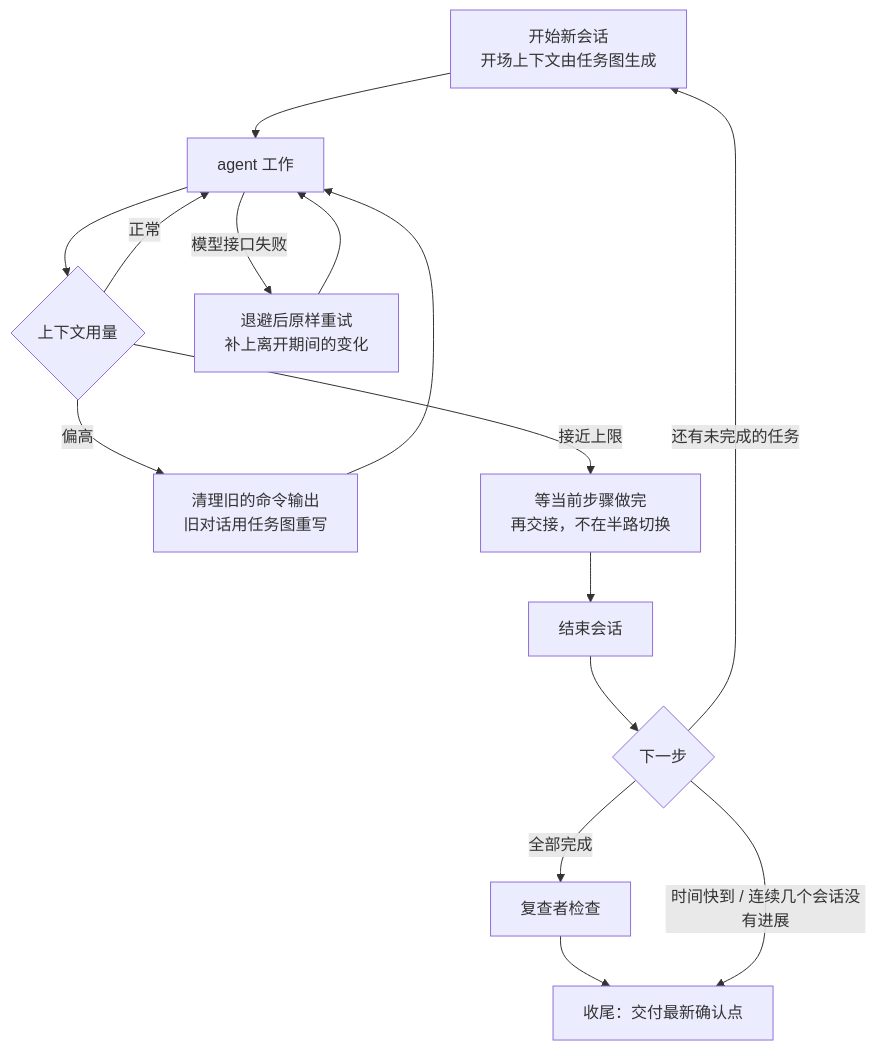
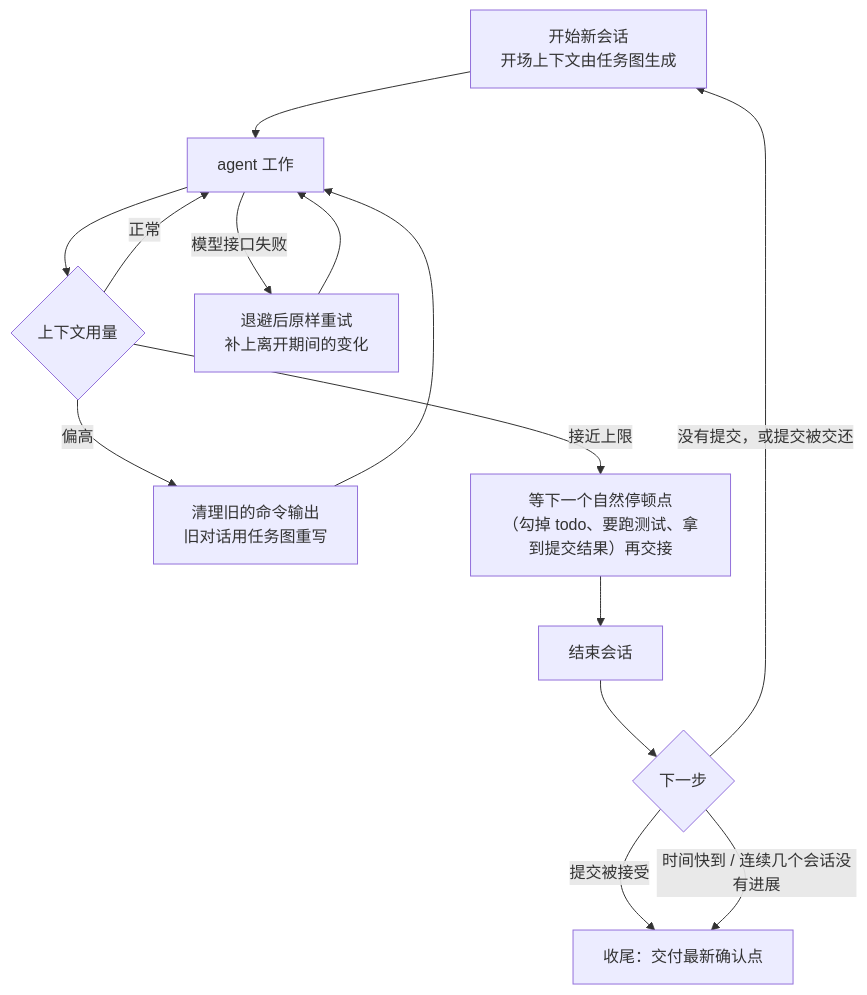
The fourth of 4 diagrams in README.md (jyh21377063/belay), drawn with Mermaid before and after one commit. The commit also changed other lines of this file and 43 other files, not shown here.

````diff
--- a/README.md
+++ b/README.md
@@ -128,16 +125,16 @@
 ```mermaid
 flowchart TD
   S["开始新会话<br/>开场上下文由任务图生成"] --> W["agent 工作"]
   W --> X{"上下文用量"}
   X -- "正常" --> W
   X -- "偏高" --> P["清理旧的命令输出<br/>旧对话用任务图重写"]
   P --> W
-  X -- "接近上限" --> Q["等当前步骤做完<br/>再交接，不在半路切换"]
+  X -- "接近上限" --> Q["等下一个自然停顿点<br/>（勾掉 todo、要跑测试、拿到提交结果）再交接"]
   Q --> H["结束会话"]
   W -- "模型接口失败" --> M["退避后原样重试<br/>补上离开期间的变化"]
   M --> W
   H --> N{"下一步"}
-  N -- "还有未完成的任务" --> S
-  N -- "全部完成" --> RV["复查者检查"] --> F["收尾：交付最新确认点"]
+  N -- "没有提交，或提交被交还" --> S
+  N -- "提交被接受" --> F["收尾：交付最新确认点"]
   N -- "时间快到 / 连续几个会话没有进展" --> F
 ```
````
